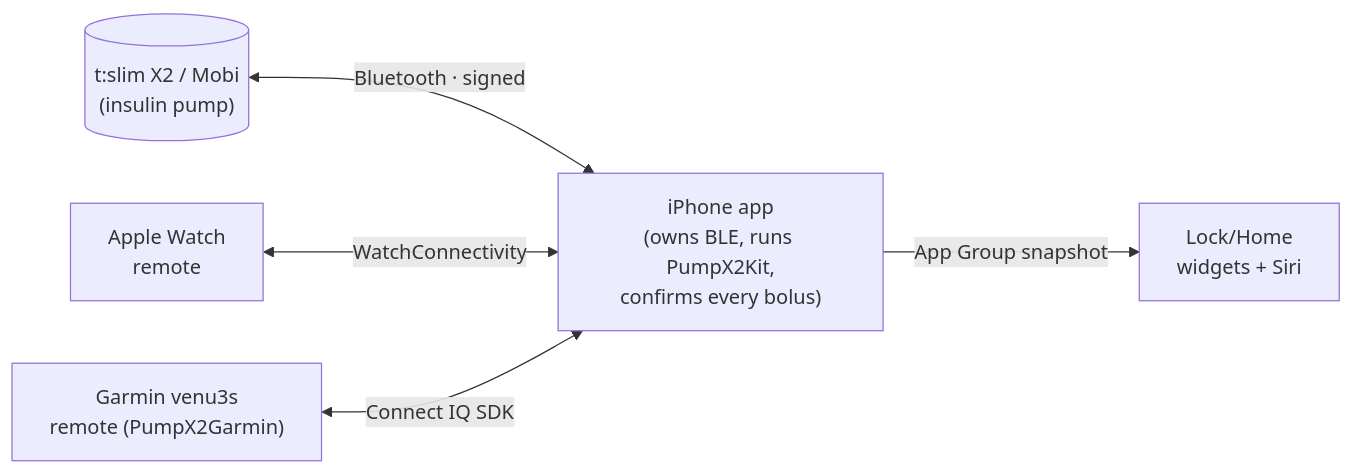
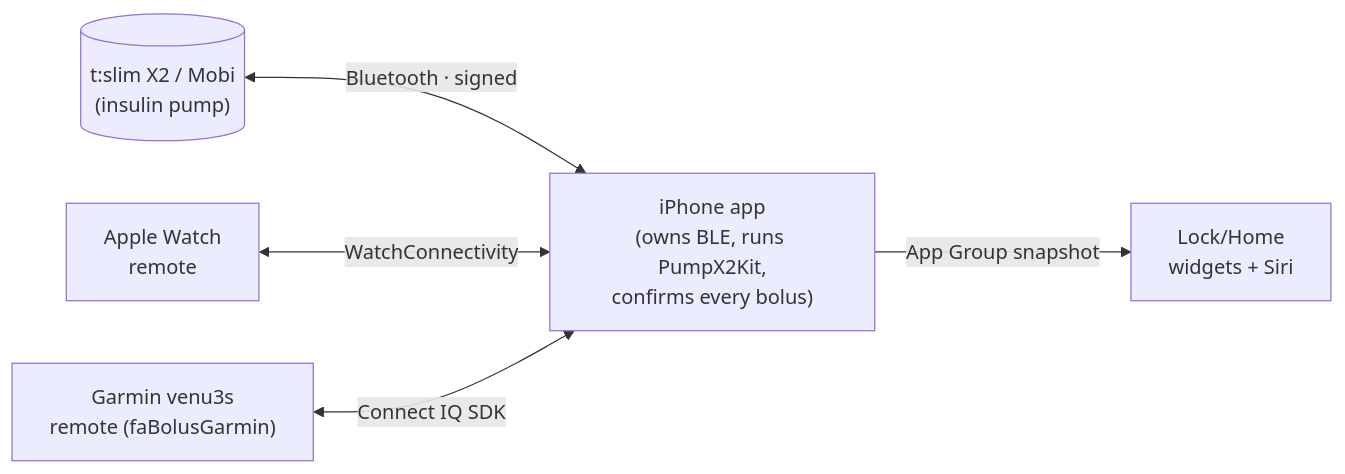
Before and after one commit to faBolus-app/faBolus: the diagram in docs/architecture.md, drawn with Mermaid. The commit also changed other lines of this file and 100 other files, not shown here.

````diff
--- a/docs/architecture.md
+++ b/docs/architecture.md
@@ -12,13 +12,13 @@
 ```mermaid
 flowchart LR
     Pump[("t:slim X2 / Mobi\n(insulin pump)")]
     Phone["iPhone app\n(owns BLE, runs PumpX2Kit,\nconfirms every bolus)"]
     Watch["Apple Watch\nremote"]
-    Garmin["Garmin venu3s\nremote (PumpX2Garmin)"]
+    Garmin["Garmin venu3s\nremote (faBolusGarmin)"]
     Widgets["Lock/Home\nwidgets + Siri"]
 
     Pump <-->|Bluetooth · signed| Phone
     Watch <-->|WatchConnectivity| Phone
     Garmin <-->|Connect IQ SDK| Phone
     Phone -->|App Group snapshot| Widgets
 ```
````
